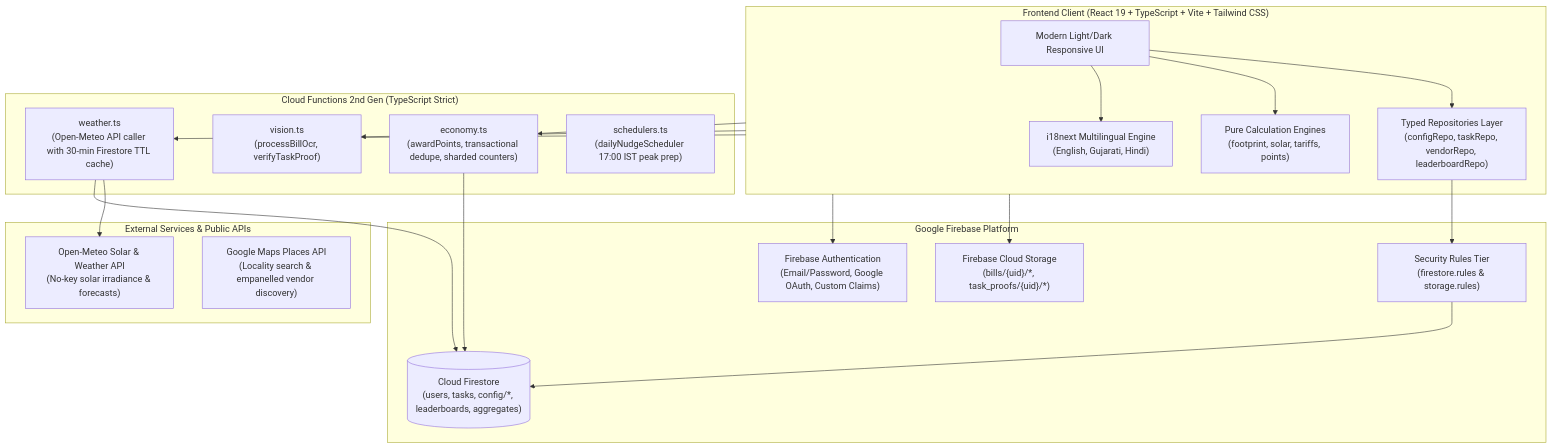
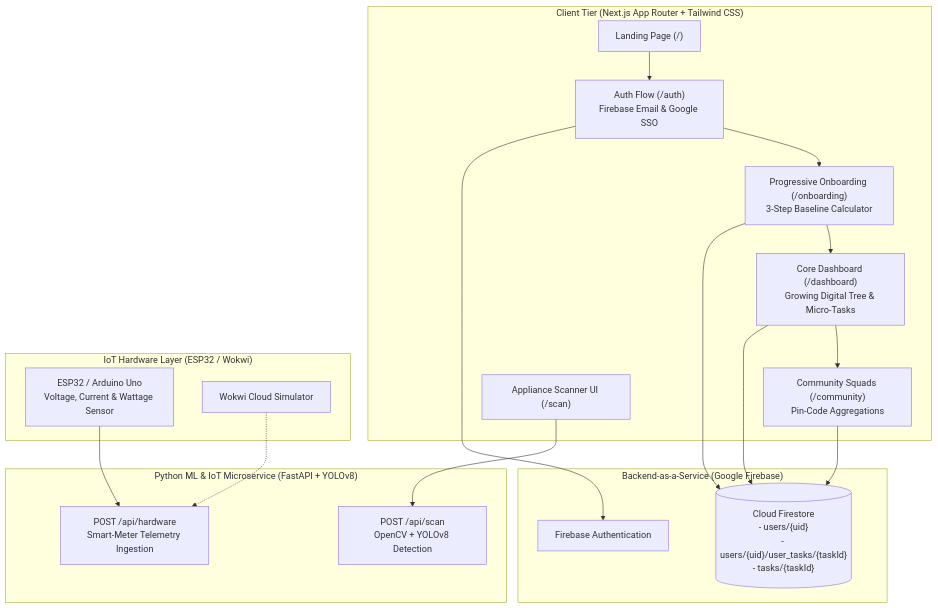
Before and after one commit to pratitdedhia/Mission-LiFE: the diagram in README.md, drawn with Mermaid. The commit also changed other lines of this file, not shown here.

Commit message:
docs: update README with hackathon-optimized technical blueprint live demos and Wokwi simulation

````diff
--- a/README.md
+++ b/README.md
@@ -77,42 +62,38 @@
 ```mermaid
 flowchart TD
-    subgraph ClientLayer["Frontend Client (React 19 + TypeScript + Vite + Tailwind CSS)"]
-        UI["Modern Light/Dark Responsive UI"]
-        Repo["Typed Repositories Layer\n(configRepo, taskRepo, vendorRepo, leaderboardRepo)"]
-        SharedCalc["Pure Calculation Engines\n(footprint, solar, tariffs, points)"]
-        I18nEngine["i18next Multilingual Engine\n(English, Gujarati, Hindi)"]
+    subgraph Frontend["Client Tier (Next.js App Router + Tailwind CSS)"]
+        Landing["Landing Page (/)"]
+        AuthFlow["Auth Flow (/auth)\nFirebase Email & Google SSO"]
+        Onboarding["Progressive Onboarding (/onboarding)\n3-Step Baseline Calculator"]
+        Dashboard["Core Dashboard (/dashboard)\nGrowing Digital Tree & Micro-Tasks"]
+        Squads["Community Squads (/community)\nPin-Code Aggregations"]
+        ScannerUI["Appliance Scanner UI (/scan)"]
     end
 
-    subgraph FirebaseServices["Google Firebase Platform"]
-        Auth["Firebase Authentication\n(Email/Password, Google OAuth, Custom Claims)"]
-        Rules["Security Rules Tier\n(firestore.rules & storage.rules)"]
-        FirestoreDB[("Cloud Firestore\n(users, tasks, config/*, leaderboards, aggregates)")]
-        CloudStorage["Firebase Cloud Storage\n(bills/{uid}/*, task_proofs/{uid}/*)"]
+    subgraph FirebaseBaaS["Backend-as-a-Service (Google Firebase)"]
+        FBAuth["Firebase Authentication"]
+        FirestoreDB[("Cloud Firestore\n- users/{uid}\n- users/{uid}/user_tasks/{taskId}\n- tasks/{taskId}")]
     end
 
-    subgraph FunctionsLayer["Cloud Functions 2nd Gen (TypeScript Strict)"]
-        EconomyFn["economy.ts\n(awardPoints, transactional dedupe, sharded counters)"]
-        VisionFn["vision.ts\n(processBillOcr, verifyTaskProof)"]
-        WeatherFn["weather.ts\n(Open-Meteo API caller with 30-min Firestore TTL cache)"]
-        SchedulerFn["schedulers.ts\n(dailyNudgeScheduler 17:00 IST peak prep)"]
+    subgraph Microservice["Python ML & IoT Microservice (FastAPI + YOLOv8)"]
+        ScanAPI["POST /api/scan\nOpenCV + YOLOv8 Detection"]
+        HardwareAPI["POST /api/hardware\nSmart-Meter Telemetry Ingestion"]
     end
 
-    subgraph ExternalApis["External Services & Public APIs"]
-        OpenMeteo["Open-Meteo Solar & Weather API\n(No-key solar irradiance & forecasts)"]
-        GoogleMaps["Google Maps Places API\n(Locality search & empanelled vendor discovery)"]
+    subgraph Hardware["IoT Hardware Layer (ESP32 / Wokwi)"]
+        ESP32["ESP32 / Arduino Uno\nVoltage, Current & Wattage Sensor"]
+        WokwiSim["Wokwi Cloud Simulator"]
     end
 
-    UI --> Repo
-    UI --> SharedCalc
-    UI --> I18nEngine
-    Repo --> Rules
-    Rules --> FirestoreDB
-    ClientLayer --> CloudStorage
-    ClientLayer --> Auth
-    ClientLayer --> EconomyFn
-    ClientLayer --> VisionFn
-    ClientLayer --> WeatherFn
-    EconomyFn --> FirestoreDB
-    WeatherFn --> OpenMeteo
-    WeatherFn --> FirestoreDB
+    Landing --> AuthFlow
+    AuthFlow --> FBAuth
+    AuthFlow --> Onboarding
+    Onboarding --> FirestoreDB
+    Onboarding --> Dashboard
+    Dashboard --> FirestoreDB
+    Dashboard --> Squads
+    Squads --> FirestoreDB
+    ScannerUI --> ScanAPI
+    ESP32 --> HardwareAPI
+    WokwiSim -.-> HardwareAPI
 ```
````
